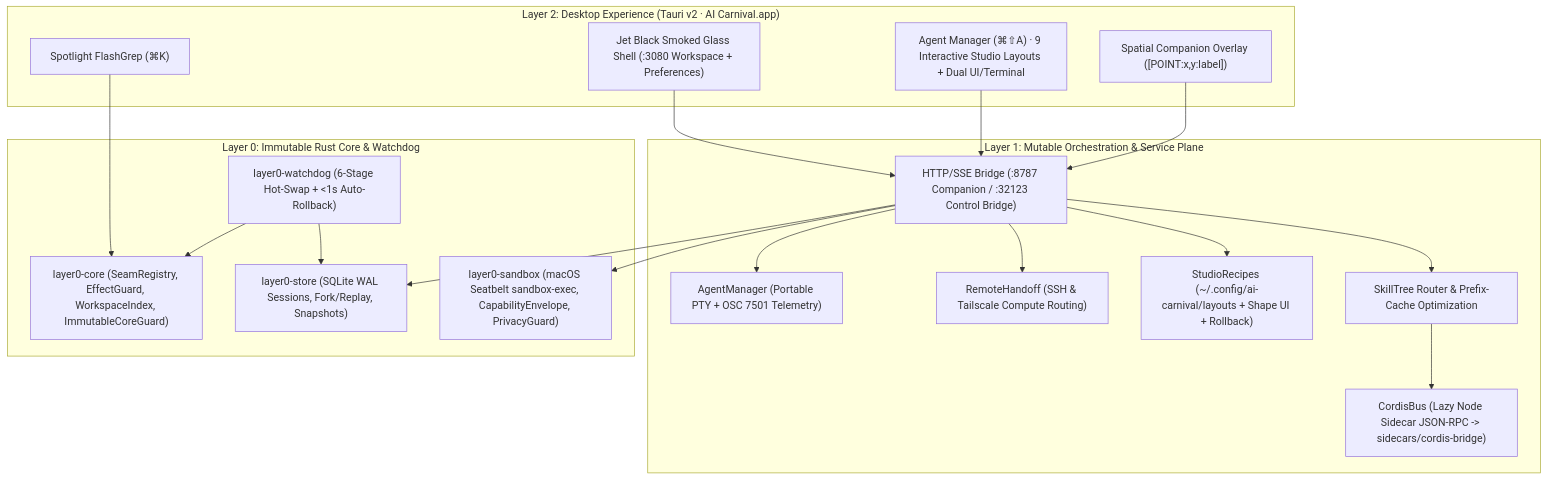
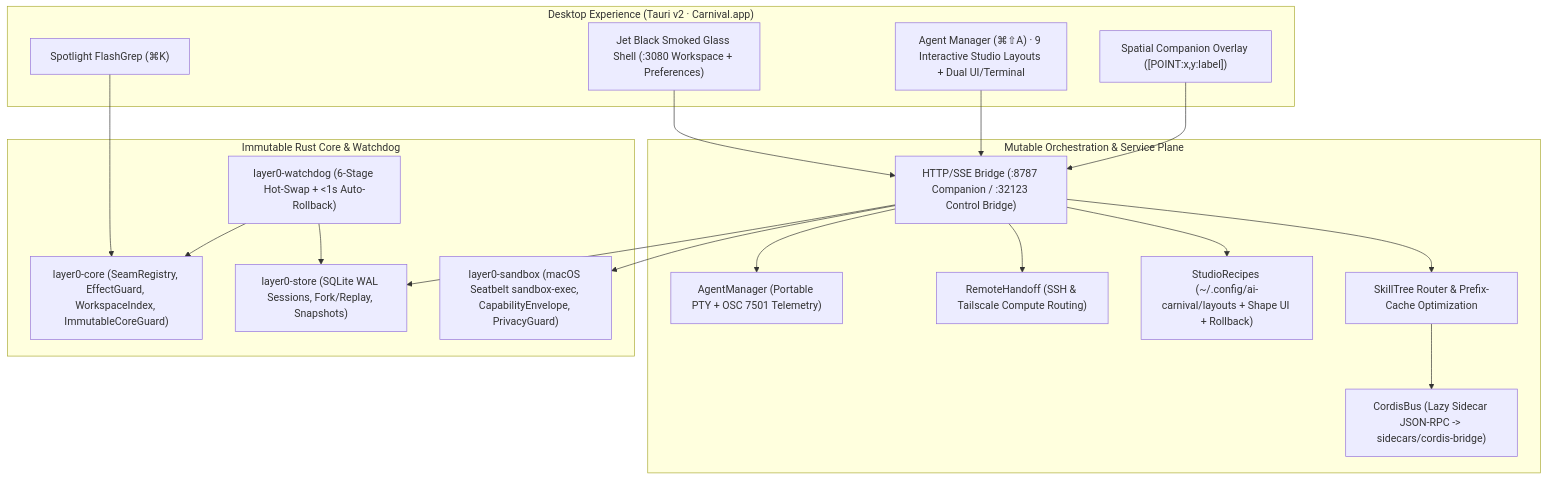
One commit to suryaprakashrachamalla/aifeista changed the diagram in docs/ARCHITECTURE.md. Above: the diagram before and after it, drawn with Mermaid. The commit also changed other lines of this file and 14703 other files, not shown here.

````diff
--- a/docs/ARCHITECTURE.md
+++ b/docs/ARCHITECTURE.md
@@ -9,39 +9,39 @@
 ```mermaid
 flowchart TD
-    subgraph L2["Layer 2: Desktop Experience (Tauri v2 · AI Carnival.app)"]
+    subgraph L2["Desktop Experience (Tauri v2 · Carnival.app)"]
         L2S["Jet Black Smoked Glass Shell (:3080 Workspace + Preferences)"]
         L2M["Agent Manager (⌘⇧A) · 9 Interactive Studio Layouts + Dual UI/Terminal"]
         L2K["Spotlight FlashGrep (⌘K)"]
         L2O["Spatial Companion Overlay ([POINT:x,y:label])"]
     end
 
-    subgraph L1["Layer 1: Mutable Orchestration & Service Plane"]
+    subgraph L1["Mutable Orchestration & Service Plane"]
         L1B["HTTP/SSE Bridge (:8787 Companion / :32123 Control Bridge)"]
         L1A["AgentManager (Portable PTY + OSC 7501 Telemetry)"]
         L1H["RemoteHandoff (SSH & Tailscale Compute Routing)"]
         L1R["StudioRecipes (~/.config/ai-carnival/layouts + Shape UI + Rollback)"]
         L1T["SkillTree Router & Prefix-Cache Optimization"]
-        L1C["CordisBus (Lazy Node Sidecar JSON-RPC -> sidecars/cordis-bridge)"]
+        L1C["CordisBus (Lazy Sidecar JSON-RPC -> sidecars/cordis-bridge)"]
     end
 
-    subgraph L0["Layer 0: Immutable Rust Core & Watchdog"]
+    subgraph L0["Immutable Rust Core & Watchdog"]
         CORE["layer0-core (SeamRegistry, EffectGuard, WorkspaceIndex, ImmutableCoreGuard)"]
         STORE["layer0-store (SQLite WAL Sessions, Fork/Replay, Snapshots)"]
         SB["layer0-sandbox (macOS Seatbelt sandbox-exec, CapabilityEnvelope, PrivacyGuard)"]
         WD["layer0-watchdog (6-Stage Hot-Swap + <1s Auto-Rollback)"]
     end
 
     L2S --> L1B
     L2M --> L1B
     L2K --> CORE
     L2O --> L1B
     L1B --> L1A
     L1B --> L1H
     L1B --> L1R
     L1B --> L1T
     L1T --> L1C
     L1B --> SB
     L1B --> STORE
     WD --> CORE
     WD --> STORE
 ```
````
